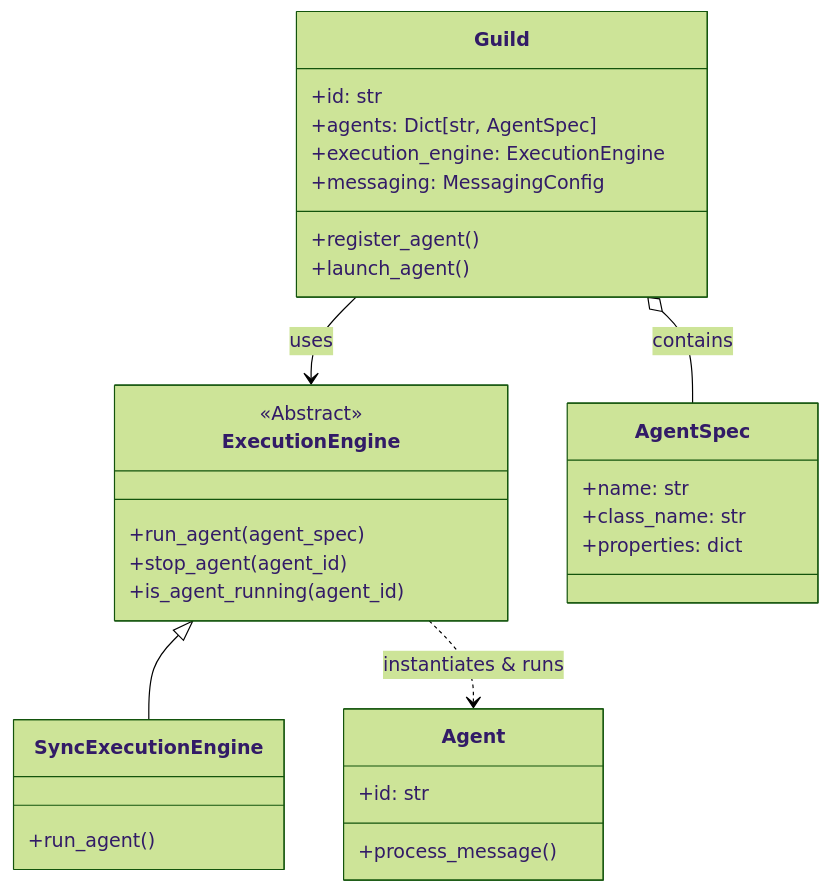
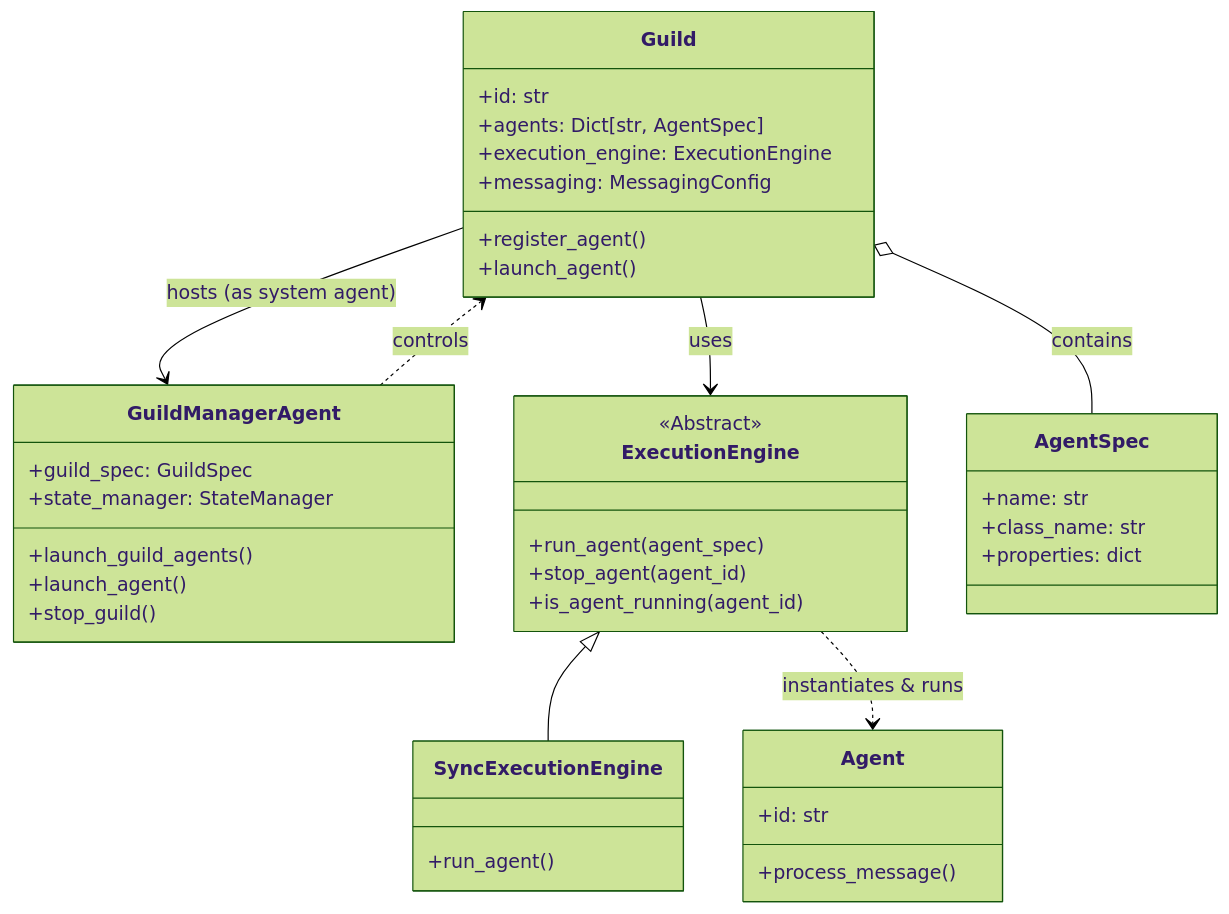
The first of 2 diagrams in RUSTIC_AI_ORCHESTRATION.md (milliondreams/rustic-ai), drawn with Mermaid (forest theme) before and after one commit. The commit also changed other lines of this file, not shown here.

````diff
--- a/RUSTIC_AI_ORCHESTRATION.md
+++ b/RUSTIC_AI_ORCHESTRATION.md
@@ -17,38 +18,48 @@
 ```mermaid
 classDiagram
     class Guild {
         +id: str
         +agents: Dict[str, AgentSpec]
         +execution_engine: ExecutionEngine
         +messaging: MessagingConfig
         +register_agent()
         +launch_agent()
+    }
+
+    class GuildManagerAgent {
+        +guild_spec: GuildSpec
+        +state_manager: StateManager
+        +launch_guild_agents()
+        +launch_agent()
+        +stop_guild()
     }
 
     class ExecutionEngine {
         <<Abstract>>
         +run_agent(agent_spec)
         +stop_agent(agent_id)
         +is_agent_running(agent_id)
     }
 
     class SyncExecutionEngine {
         +run_agent()
     }
 
     class Agent {
         +id: str
         +process_message()
     }
 
     class AgentSpec {
         +name: str
         +class_name: str
         +properties: dict
     }
 
     Guild --> ExecutionEngine : uses
+    Guild --> GuildManagerAgent : hosts (as system agent)
+    GuildManagerAgent ..> Guild : controls
     ExecutionEngine <|-- SyncExecutionEngine
     Guild o-- AgentSpec : contains
     ExecutionEngine ..> Agent : instantiates & runs
 ```
````
